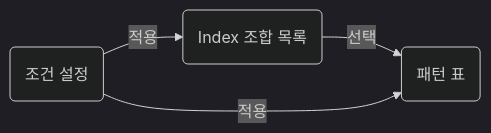
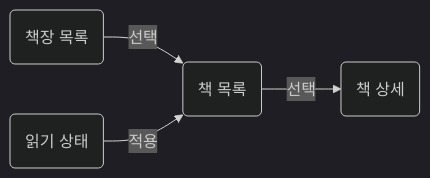
The diagram in templates/document/blueprint.md (minu-ha/for-humanity), drawn with Mermaid (dark theme) before and after one commit. The commit also changed other lines of this file and 28 other files, not shown here.

````diff
--- a/templates/document/blueprint.md
+++ b/templates/document/blueprint.md
@@ -30,6 +35,6 @@
 ```mermaid
 flowchart LR
-    filter("조건 설정") -->|적용| groups("Index 조합 목록")
-    groups -->|선택| patterns("패턴 표")
-    filter -->|적용| patterns
+    shelves("책장 목록") -->|선택| books("책 목록")
+    filter("읽기 상태") -->|적용| books
+    books -->|선택| detail("책 상세")
 ```
````
